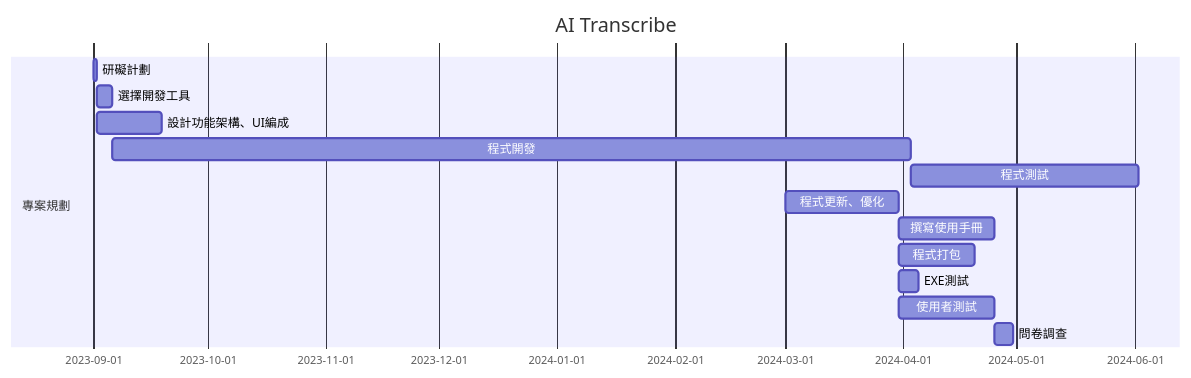
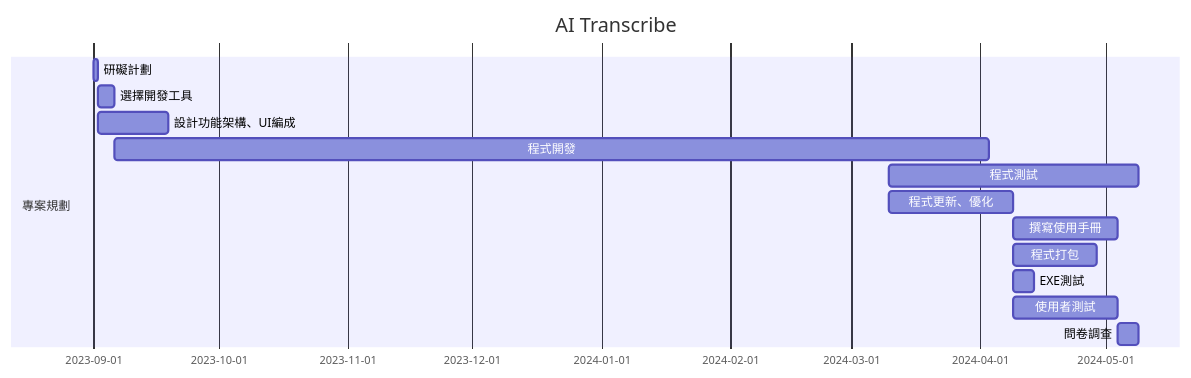
The third of 4 diagrams in hw2.md (MITC110118132/23a), drawn with Mermaid before and after one commit.

````diff
--- a/hw2.md
+++ b/hw2.md
@@ -34,17 +34,17 @@
 ```mermaid
 gantt
     title AI Transcribe
 
     section 專案規劃
     研礙計劃           :a1, 2023-09-01, 1d
     選擇開發工具           :a2, after a1  , 4d
     設計功能架構、UI編成           :a3, after a1  , 17d
     程式開發           :a4, after a2  , 210d
-    程式測試           :a5, after a4  , 60d
-    程式更新、優化           :a6, 2024-03-01  , 30d
+    程式測試           :a5, 2024-03-10  , 60d
+    程式更新、優化           :a6, 2024-03-10  , 30d
     撰寫使用手冊        :a7, after a6  , 25d
     程式打包           :a8, after a6  , 20d
     EXE測試           :a9, after a6  , 5d
     使用者測試         :a10, after a6  , 25d
     問卷調查           :a11, after a10 , 5d
 ```
````
